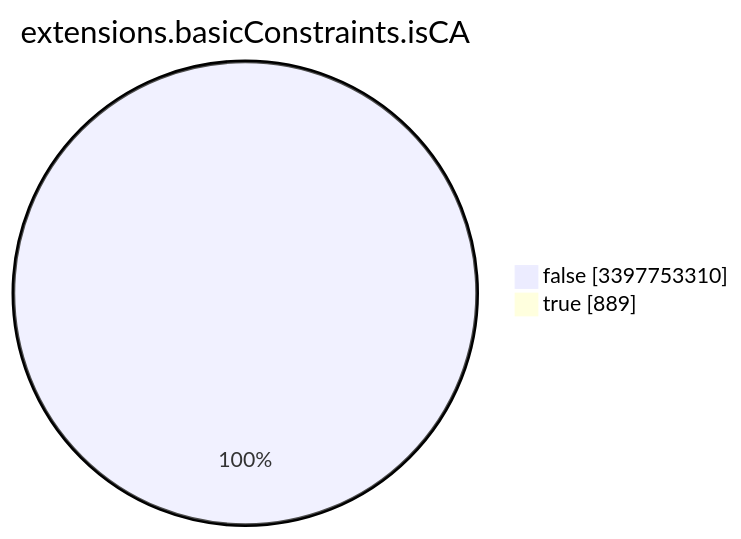
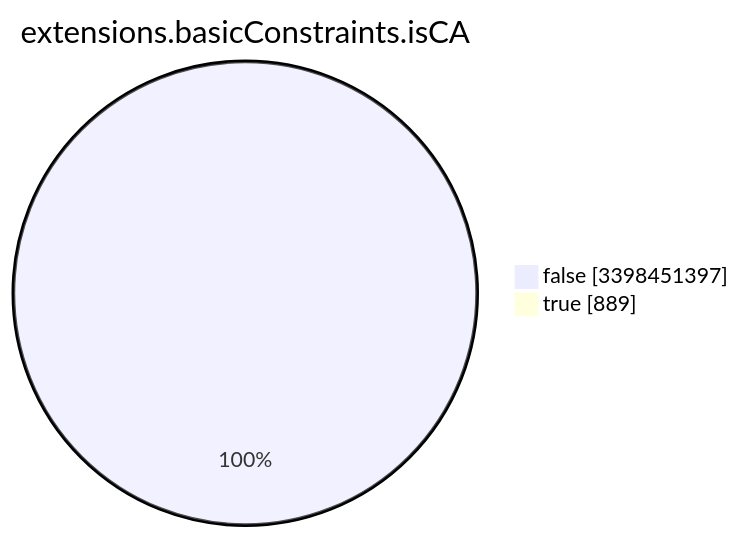
One commit to christiankrug/ctmonitor_visualization changed the seventh of 15 diagrams in TOTAL/README.md. Above: the diagram before and after it, drawn with Mermaid. The commit also changed other lines of this file, not shown here.

````diff
--- a/TOTAL/README.md
+++ b/TOTAL/README.md
@@ -3091,6 +3091,6 @@
 ```mermaid
 pie showData
 title extensions.basicConstraints.isCA
-"false" :3397753310
+"false" :3398451397
 "true" :889
 ```
````
